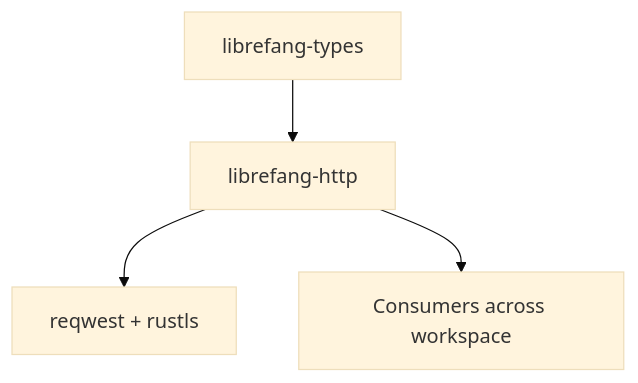
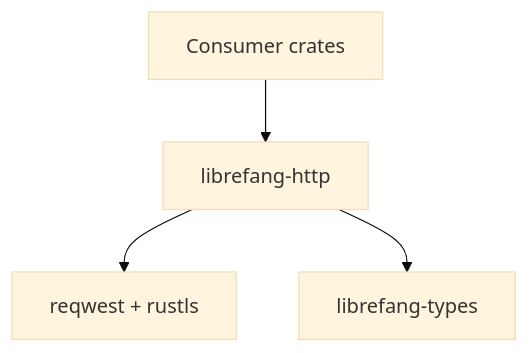
One commit to leszek3737/librefang-WIki changed the diagram in other-librefang-http.md. Above: the diagram before and after it, drawn with Mermaid (base theme). The commit also changed other lines of this file and 98 other files, not shown here.

````diff
--- a/other-librefang-http.md
+++ b/other-librefang-http.md
@@ -13,6 +43,6 @@
 ```mermaid
 graph TD
-    A[librefang-types] --> B[librefang-http]
-    B --> C[reqwest + rustls]
-    B --> D[Consumers across workspace]
+    A[librefang-http] --> B[reqwest + rustls]
+    A --> C[librefang-types]
+    D[Consumer crates] --> A
 ```
````
